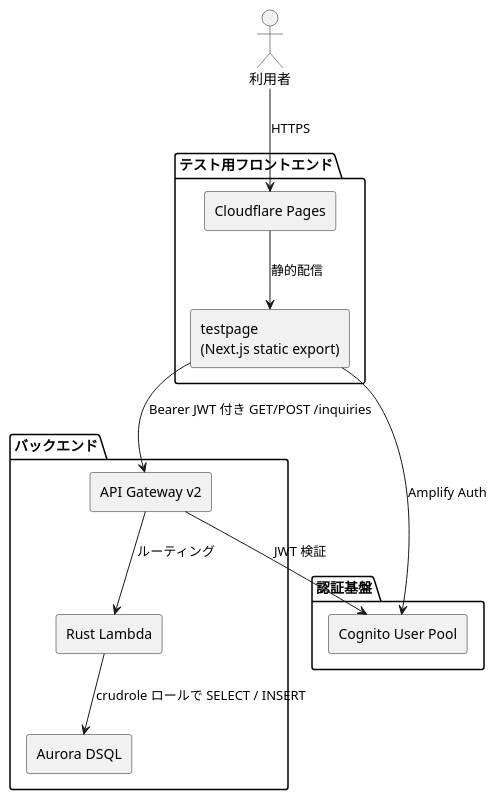
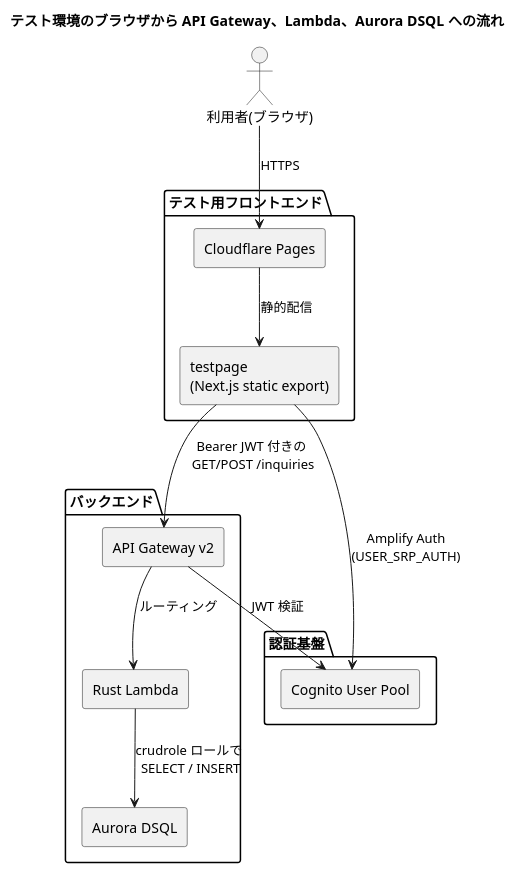
Before and after one commit to nishidemasami/nishidemasami.github.io-contactform: the diagram in docs/plantuml/1.puml, drawn with PlantUML. The commit also changed 1 other file, not shown here.

Commit message:
Update FAQ and PlantUML diagram titles for clarity

```diff
--- a/docs/plantuml/1.puml
+++ b/docs/plantuml/1.puml
@@ -1,30 +1,32 @@
 @startuml
 skinparam backgroundColor transparent
 skinparam defaultFontname Meiryo
 skinparam componentStyle rectangle
 
-actor 利用者 as User
+title テスト環境のブラウザから API Gateway、Lambda、Aurora DSQL への流れ
+
+actor "利用者(ブラウザ)" as User
 
 package "テスト用フロントエンド" {
   [Cloudflare Pages]
   [testpage\n(Next.js static export)]
 }
 
 package "認証基盤" {
   [Cognito User Pool]
 }
 
 package "バックエンド" {
   [API Gateway v2]
   [Rust Lambda]
   [Aurora DSQL]
 }
 
 User --> "Cloudflare Pages" : HTTPS
 "Cloudflare Pages" --> "testpage\n(Next.js static export)" : 静的配信
-"testpage\n(Next.js static export)" --> "Cognito User Pool" : Amplify Auth
-"testpage\n(Next.js static export)" --> "API Gateway v2" : Bearer JWT 付き GET/POST /inquiries
+"testpage\n(Next.js static export)" --> "Cognito User Pool" : Amplify Auth\n(USER_SRP_AUTH)
+"testpage\n(Next.js static export)" --> "API Gateway v2" : Bearer JWT 付きの\n GET/POST /inquiries
 "API Gateway v2" --> "Cognito User Pool" : JWT 検証
 "API Gateway v2" --> "Rust Lambda" : ルーティング
-"Rust Lambda" --> "Aurora DSQL" : crudrole ロールで SELECT / INSERT
+"Rust Lambda" --> "Aurora DSQL" : crudrole ロールで\n SELECT / INSERT
 @enduml
```
